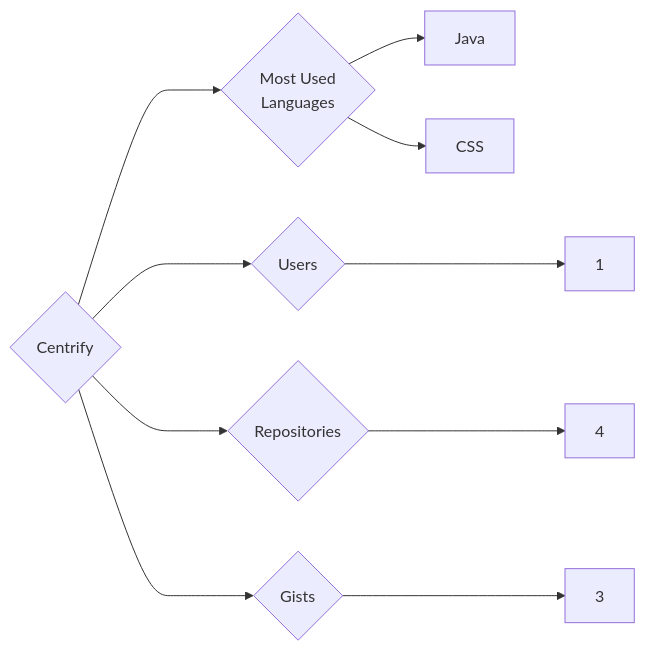
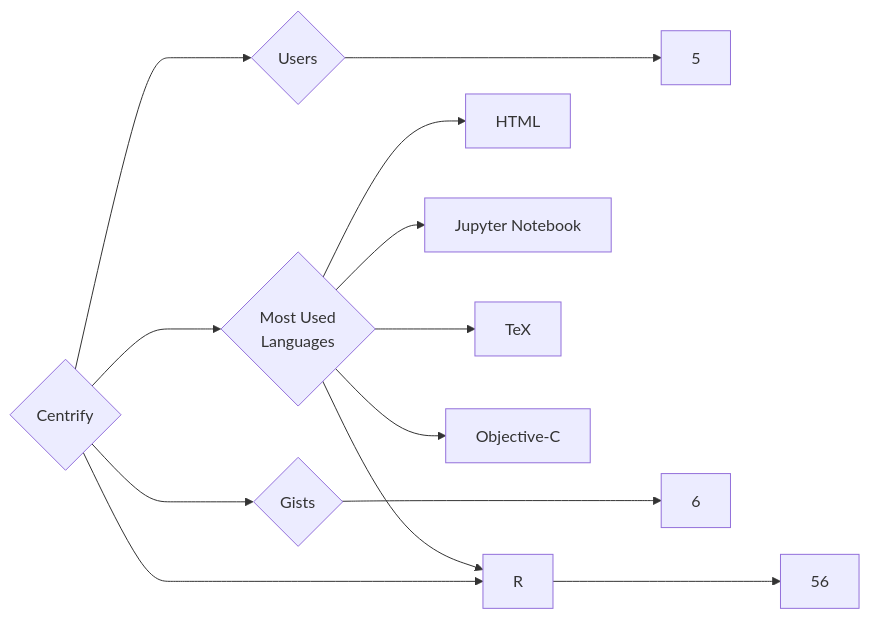
Before and after one commit to trickest/insiders: the diagram in targets/Centrify/README.md, drawn with Mermaid. The commit also changed 951 other files, not shown here.

````diff
--- a/targets/Centrify/README.md
+++ b/targets/Centrify/README.md
@@ -3,10 +3,13 @@
 ```mermaid
 graph LR
 COMPANY_NAME{Centrify}
-COMPANY_NAME ---> U{Users} ---> UN[1]
-COMPANY_NAME ---> R{Repositories} ---> RN[4]
-COMPANY_NAME ---> G{Gists} ---> GN[3]
+COMPANY_NAME ---> U{Users} ---> UN[5]
+COMPANY_NAME ---> R{Repositories} ---> RN[56]
+COMPANY_NAME ---> G{Gists} ---> GN[6]
 COMPANY_NAME ---> ML{Most Used<br>Languages}
-ML --> Java[Java]
-ML --> CSS[CSS]
+ML --> HTML[HTML]
+ML --> Jupyter_Notebook[Jupyter Notebook]
+ML --> R[R]
+ML --> TeX[TeX]
+ML --> Objective-C[Objective-C]
 ```
````
